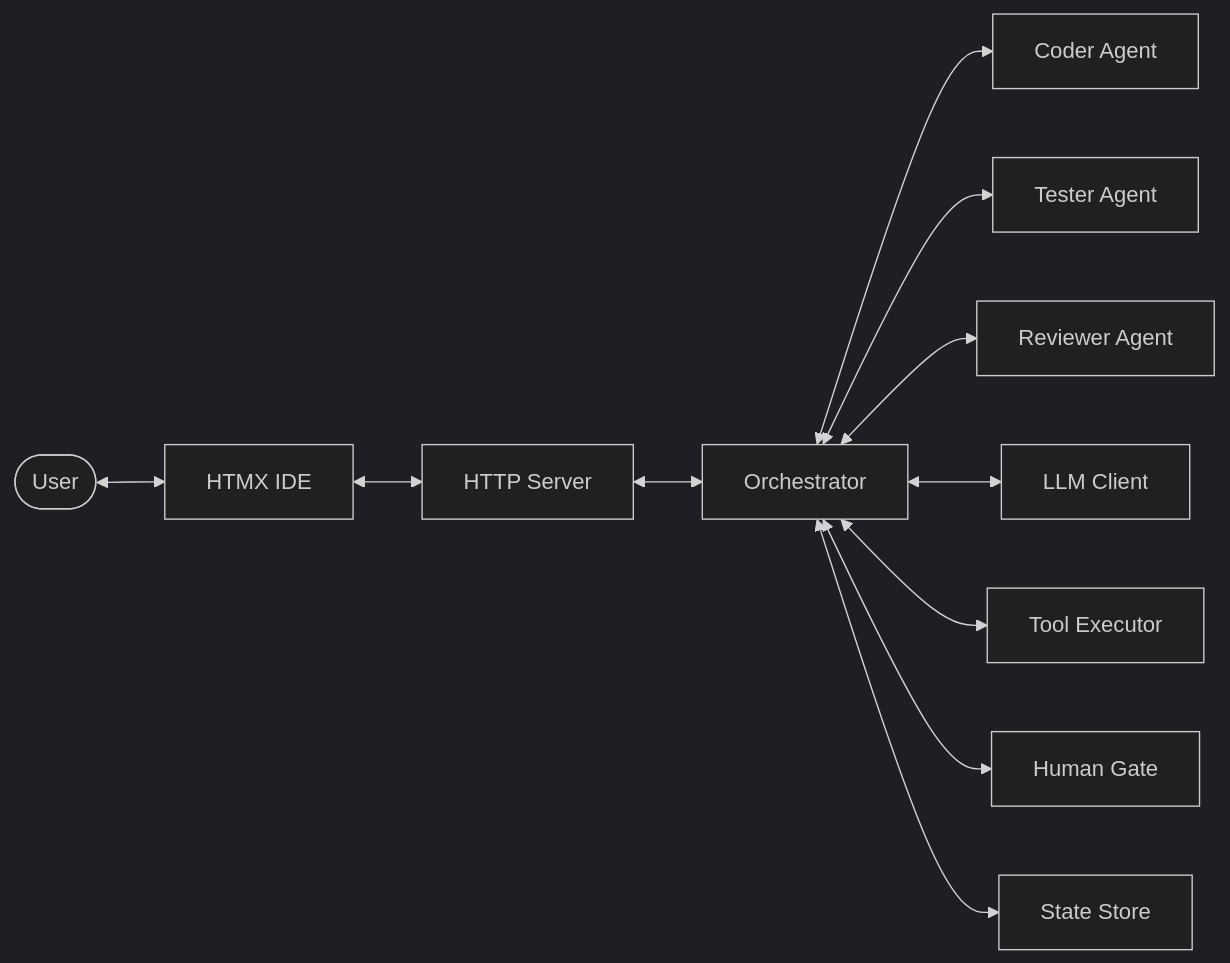
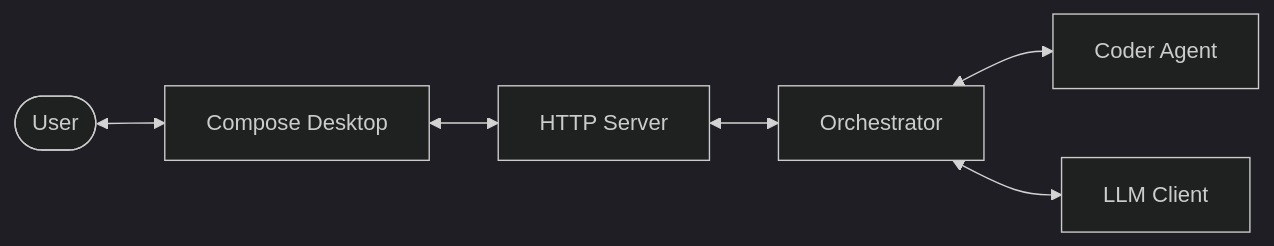
Before and after one commit to nanaki-93/mini-orca: the diagram in README.md, drawn with Mermaid (dark theme). The commit also changed other lines of this file and 33 other files, not shown here.

````diff
--- a/README.md
+++ b/README.md
@@ -25,13 +25,8 @@
 ```mermaid
 graph LR
-    User([User]) <--> UI[HTMX IDE]
+    User([User]) <--> UI[Compose Desktop]
     UI <--> API[HTTP Server]
     API <--> Orchestrator[Orchestrator]
     Orchestrator <--> Coder[Coder Agent]
-    Orchestrator <--> Tester[Tester Agent]
-    Orchestrator <--> Reviewer[Reviewer Agent]
-    Orchestrator <--> LLM[LLM Client]
-    Orchestrator <--> Executor[Tool Executor]
-    Orchestrator <--> Gate[Human Gate]
-    Orchestrator <--> Store[State Store]
+	Orchestrator <--> LLM[LLM Client]
 ```
````
